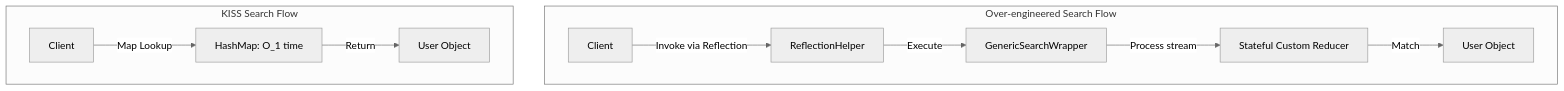
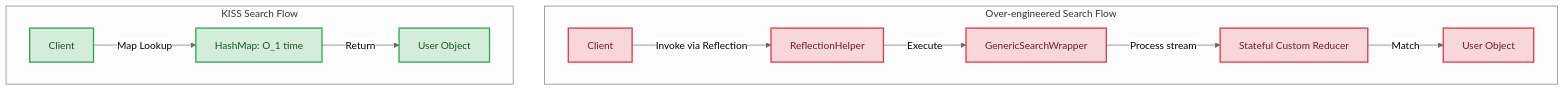
One commit to akshay-k-r/Interview-Prep-Resource changed the diagram in src/pages/03-lld/design-principles/kiss/index.mdx. Above: the diagram before and after it, drawn with Mermaid (neutral theme). The commit also changed 29 other files, not shown here.

````diff
--- a/src/pages/03-lld/design-principles/kiss/index.mdx
+++ b/src/pages/03-lld/design-principles/kiss/index.mdx
@@ -31,14 +31,21 @@
 ```mermaid
 graph TD
     subgraph Over-engineered Search Flow
         Client[Client] -->|Invoke via Reflection| Ref[ReflectionHelper]
         Ref -->|Execute| Wrap[GenericSearchWrapper]
         Wrap -->|Process stream| Filter[Stateful Custom Reducer]
         Filter -->|Match| Result[User Object]
     end
 
     subgraph KISS Search Flow
         Client2[Client] -->|Map Lookup| Map[HashMap: O_1 time]
         Map -->|Return| Result2[User Object]
     end
+
+    %% Styles
+    classDef over fill:#f8d7da,stroke:#dc3545,stroke-width:2px,color:#721c24;
+    classDef kiss fill:#d4edda,stroke:#28a745,stroke-width:2px,color:#155724;
+
+    class Client,Ref,Wrap,Filter,Result over;
+    class Client2,Map,Result2 kiss;
 ```
````
